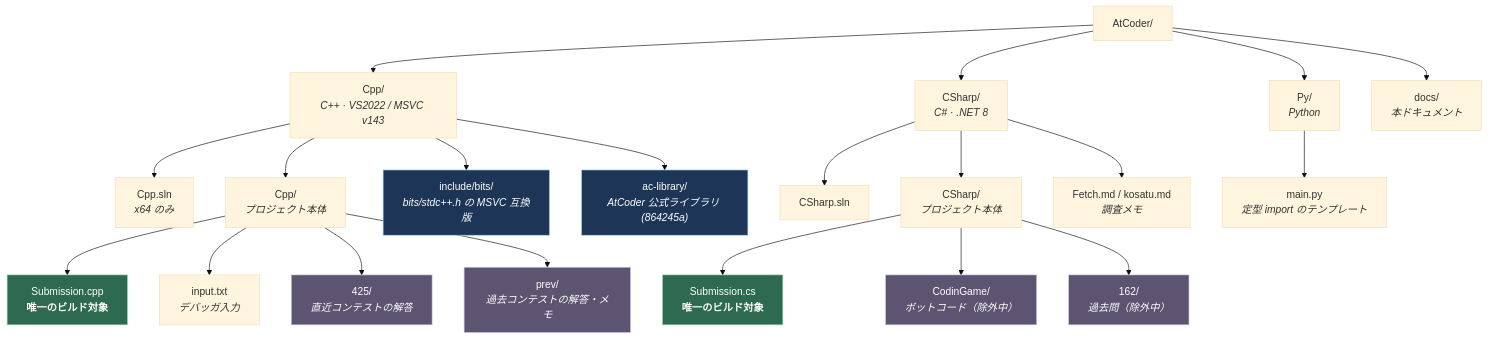
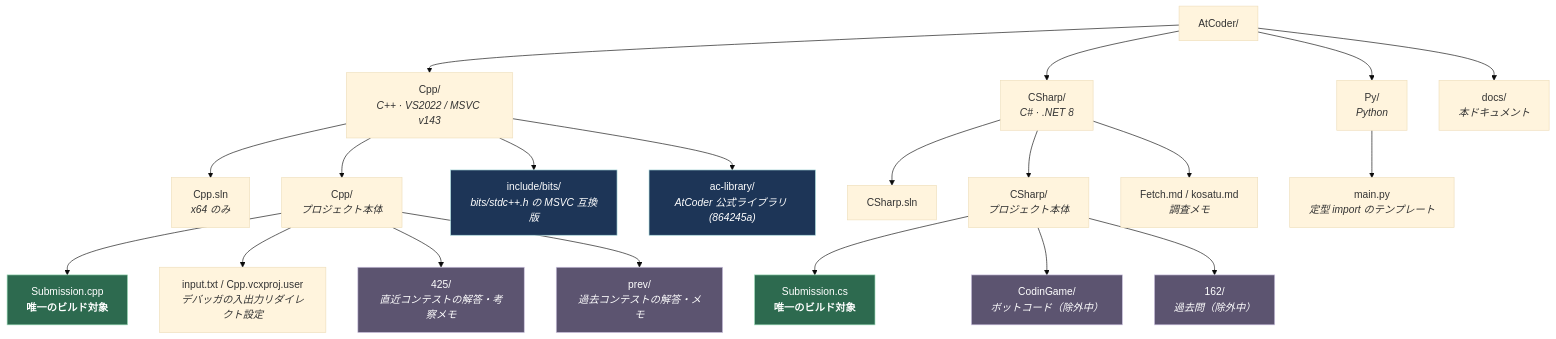
Before and after one commit to bubbleShaker/AtCoder: the first of 3 diagrams in docs/architecture.md, drawn with Mermaid (base theme). The commit also changed other lines of this file, not shown here.

````diff
--- a/docs/architecture.md
+++ b/docs/architecture.md
@@ -7,36 +7,36 @@
 ```mermaid
 graph TD
     root["AtCoder/"]
 
     root --> cpp["Cpp/<br/><i>C++ · VS2022 / MSVC v143</i>"]
     root --> cs["CSharp/<br/><i>C# · .NET 8</i>"]
     root --> py["Py/<br/><i>Python</i>"]
     root --> docs["docs/<br/><i>本ドキュメント</i>"]
 
     cpp --> cpp_sln["Cpp.sln<br/><i>x64 のみ</i>"]
     cpp --> cpp_proj["Cpp/<br/><i>プロジェクト本体</i>"]
     cpp --> cpp_inc["include/bits/<br/><i>bits/stdc++.h の MSVC 互換版</i>"]
     cpp --> cpp_acl["ac-library/<br/><i>AtCoder 公式ライブラリ (864245a)</i>"]
 
     cpp_proj --> cpp_sub["Submission.cpp<br/><b>唯一のビルド対象</b>"]
-    cpp_proj --> cpp_in["input.txt<br/><i>デバッガ入力</i>"]
-    cpp_proj --> cpp_cur["425/<br/><i>直近コンテストの解答</i>"]
+    cpp_proj --> cpp_in["input.txt / Cpp.vcxproj.user<br/><i>デバッガの入出力リダイレクト設定</i>"]
+    cpp_proj --> cpp_cur["425/<br/><i>直近コンテストの解答・考察メモ</i>"]
     cpp_proj --> cpp_prev["prev/<br/><i>過去コンテストの解答・メモ</i>"]
 
     cs --> cs_sln["CSharp.sln"]
     cs --> cs_proj["CSharp/<br/><i>プロジェクト本体</i>"]
     cs --> cs_memo["Fetch.md / kosatu.md<br/><i>調査メモ</i>"]
 
     cs_proj --> cs_sub["Submission.cs<br/><b>唯一のビルド対象</b>"]
     cs_proj --> cs_cg["CodinGame/<br/><i>ボットコード（除外中）</i>"]
     cs_proj --> cs_arc["162/<br/><i>過去問（除外中）</i>"]
 
     py --> py_main["main.py<br/><i>定型 import のテンプレート</i>"]
 
     classDef build fill:#2d6a4f,stroke:#95d5b2,color:#fff
     classDef lib fill:#1d3557,stroke:#a8dadc,color:#fff
     classDef archive fill:#5c5470,stroke:#cdc4e0,color:#fff
     class cpp_sub,cs_sub build
     class cpp_inc,cpp_acl lib
     class cpp_cur,cpp_prev,cs_cg,cs_arc archive
 ```
````
